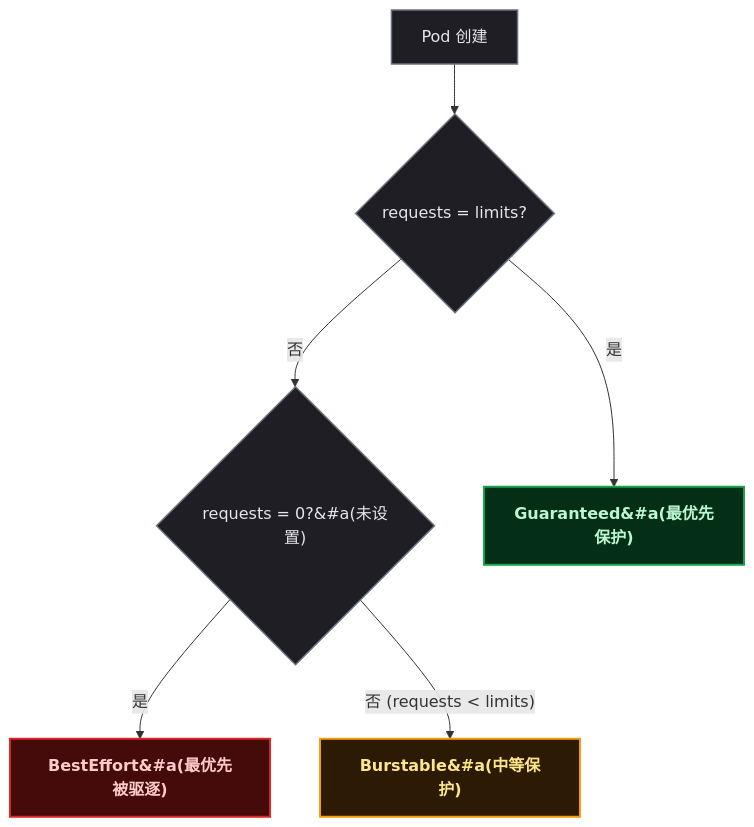
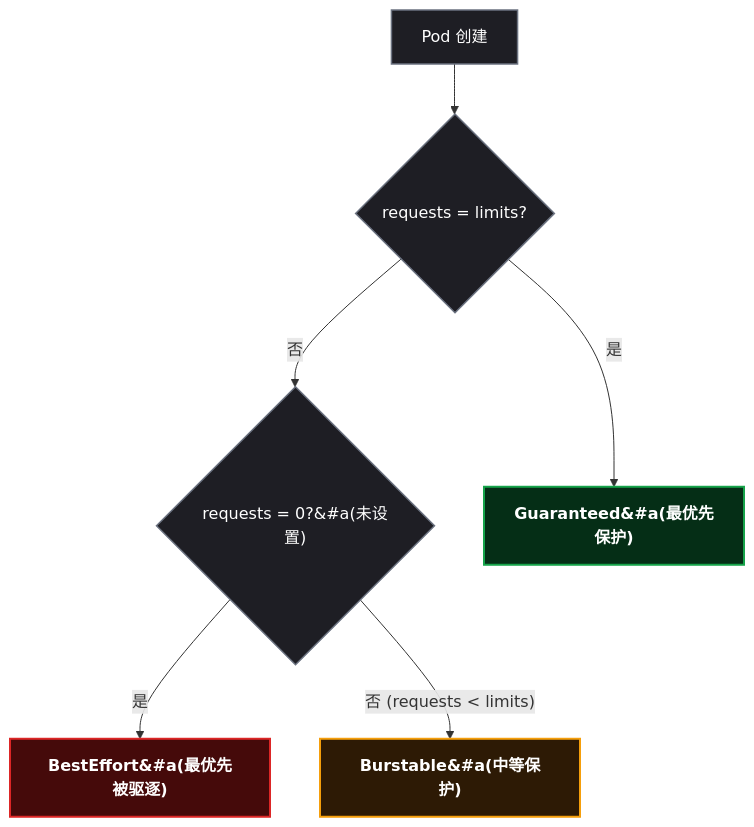
One commit to yaocat55/yaocat55.github.io changed the third of 5 diagrams in content/posts/kubernetes/PodSurvivalGuide.md. Above: the diagram before and after it, drawn with Mermaid. The commit also changed other lines of this file and 27 other files, not shown here.

Commit message:
docs: 全系列 93 张 Mermaid 图 classDef 改为 style 强制深底白字(修复部分渲染器白底浅字)+历史文件格式清理

````diff
--- a/content/posts/kubernetes/PodSurvivalGuide.md
+++ b/content/posts/kubernetes/PodSurvivalGuide.md
@@ -265,27 +263,21 @@
 ```mermaid
 flowchart TD
   CHECK["Pod 创建"]
   Q1{"requests = limits?"}
   Q2{"requests = 0?&#a(未设置)"}
   G["Guaranteed&#a(最优先保护)"]
   B["Burstable&#a(中等保护)"]
   BE["BestEffort&#a(最优先被驱逐)"]
 
   CHECK --> Q1
   Q1 -->|"是"| G
   Q1 -->|"否"| Q2
   Q2 -->|"是"| BE
   Q2 -->|"否 (requests &lt; limits)"| B
-
-classDef guaranteed fill:#052e16,stroke:#16a34a,stroke-width:2px,color:#bbf7d0,font-weight:bold;
-  class G guaranteed
-
-classDef burstable fill:#2d1a05,stroke:#f59e0b,stroke-width:2px,color:#fde68a,font-weight:bold;
-  class B burstable
-
-classDef besteffort fill:#450a0a,stroke:#dc2626,stroke-width:2px,color:#fecaca,font-weight:bold;
-  class BE besteffort
-
-classDef check fill:#1e1e24,stroke:#6b7280,stroke-width:1.5px,color:#e5e7eb;
-  class CHECK,Q1,Q2 check
+    style G fill:#052e16,stroke:#16a34a,stroke-width:2px,color:#ffffff,font-weight:bold
+    style B fill:#2d1a05,stroke:#f59e0b,stroke-width:2px,color:#ffffff,font-weight:bold
+    style BE fill:#450a0a,stroke:#dc2626,stroke-width:2px,color:#ffffff,font-weight:bold
+    style CHECK fill:#1e1e24,stroke:#6b7280,stroke-width:1.5px,color:#ffffff
+    style Q1 fill:#1e1e24,stroke:#6b7280,stroke-width:1.5px,color:#ffffff
+    style Q2 fill:#1e1e24,stroke:#6b7280,stroke-width:1.5px,color:#ffffff
 ```
````
